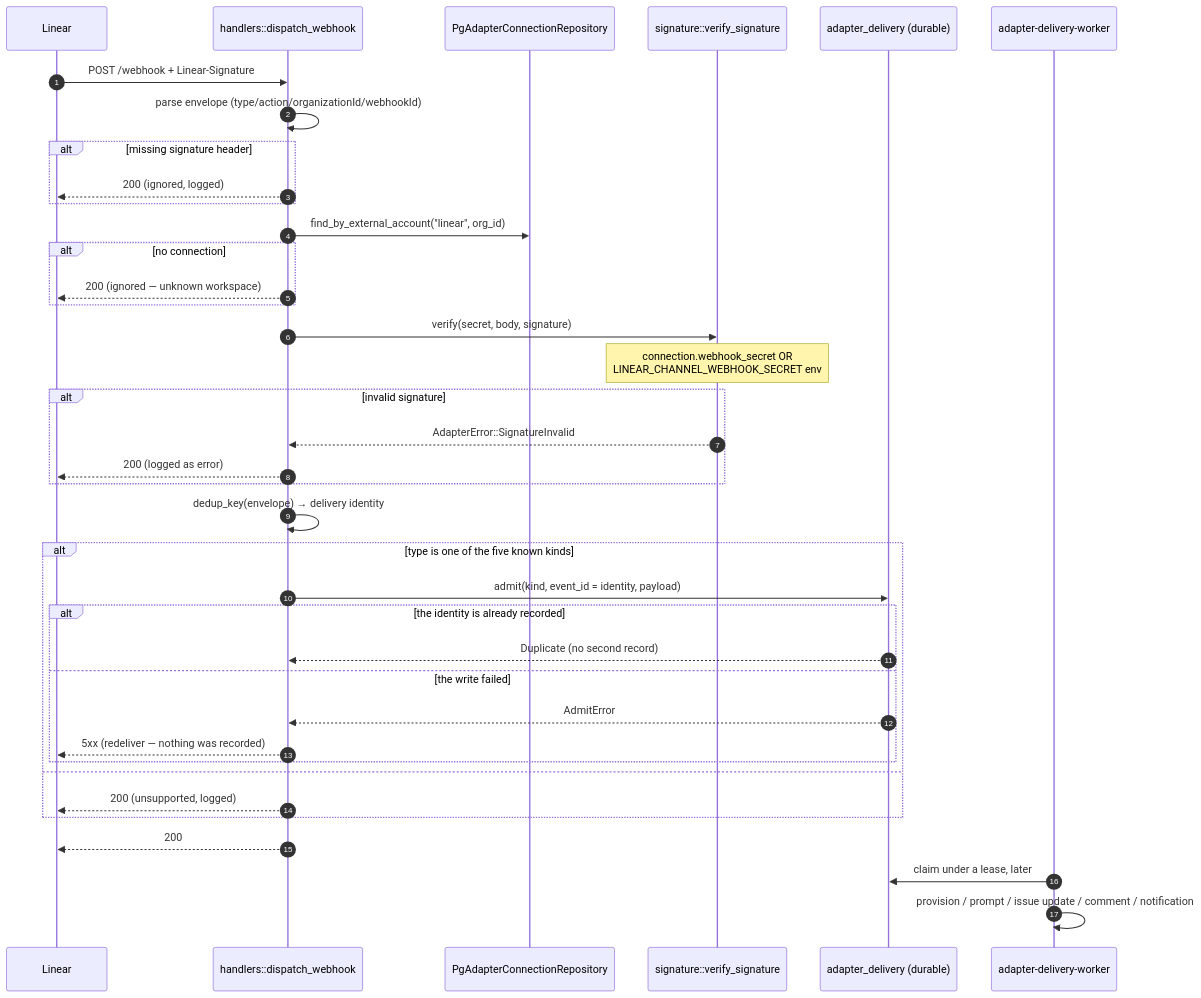
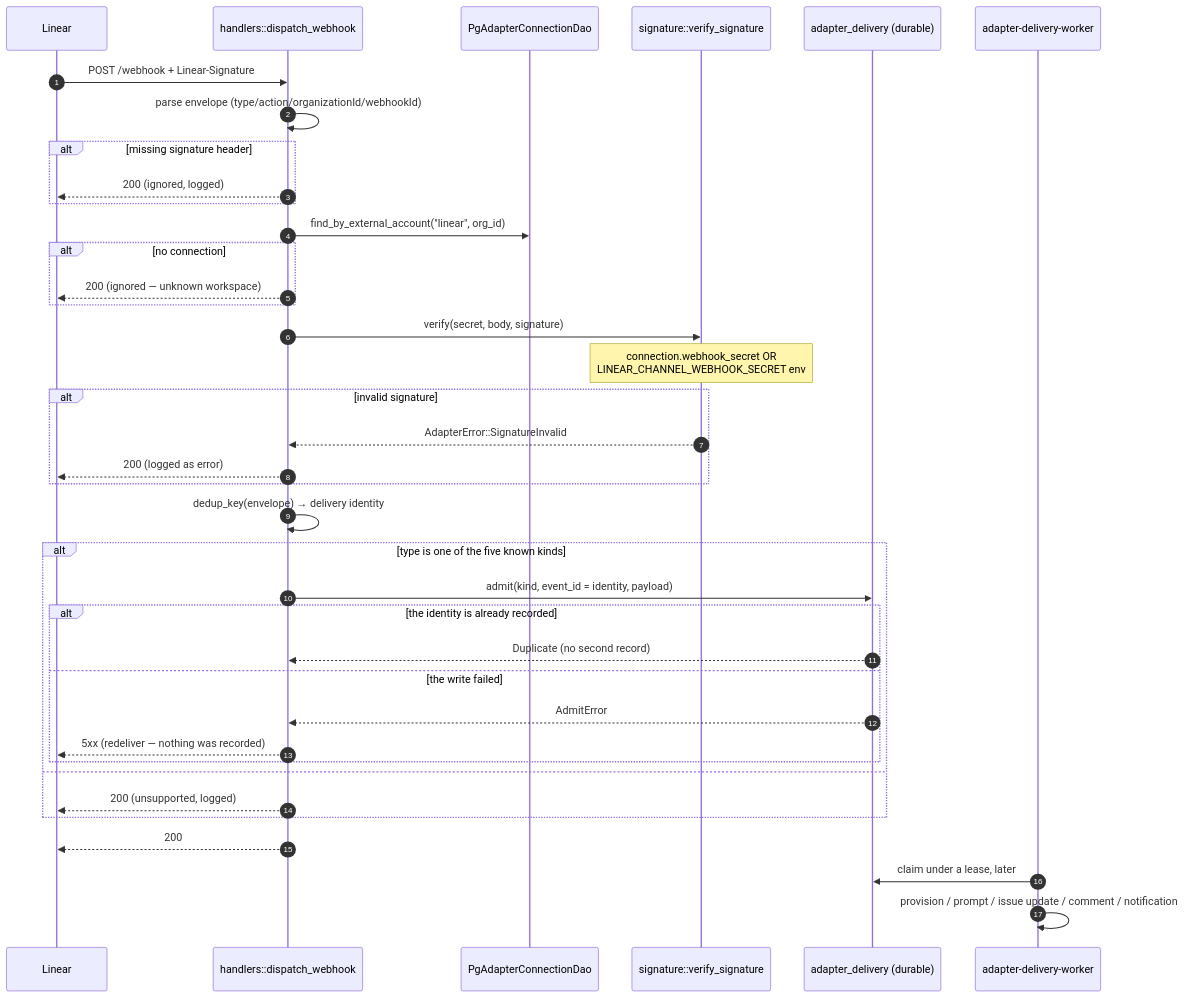
The first of 9 diagrams in docs/linear-adapter.md (aorwall/moatless), drawn with Mermaid before and after one commit. The commit also changed other lines of this file and 122 other files, not shown here.

````diff
--- a/docs/linear-adapter.md
+++ b/docs/linear-adapter.md
@@ -67,41 +67,41 @@
 ```mermaid
 sequenceDiagram
     autonumber
     participant Linear
     participant Dispatcher as handlers::dispatch_webhook
-    participant ConnRepo as PgAdapterConnectionRepository
+    participant ConnRepo as PgAdapterConnectionDao
     participant Sig as signature::verify_signature
     participant Delivery as adapter_delivery (durable)
     participant Worker as adapter-delivery-worker
 
     Linear->>Dispatcher: POST /webhook + Linear-Signature
     Dispatcher->>Dispatcher: parse envelope (type/action/organizationId/webhookId)
     alt missing signature header
         Dispatcher-->>Linear: 200 (ignored, logged)
     end
     Dispatcher->>ConnRepo: find_by_external_account("linear", org_id)
     alt no connection
         Dispatcher-->>Linear: 200 (ignored — unknown workspace)
     end
     Dispatcher->>Sig: verify(secret, body, signature)
     Note over Sig: connection.webhook_secret OR<br/>LINEAR_CHANNEL_WEBHOOK_SECRET env
     alt invalid signature
         Sig-->>Dispatcher: AdapterError::SignatureInvalid
         Dispatcher-->>Linear: 200 (logged as error)
     end
     Dispatcher->>Dispatcher: dedup_key(envelope) → delivery identity
     alt type is one of the five known kinds
         Dispatcher->>Delivery: admit(kind, event_id = identity, payload)
         alt the identity is already recorded
             Delivery-->>Dispatcher: Duplicate (no second record)
         else the write failed
             Delivery-->>Dispatcher: AdmitError
             Dispatcher-->>Linear: 5xx (redeliver — nothing was recorded)
         end
     else
         Dispatcher-->>Linear: 200 (unsupported, logged)
     end
     Dispatcher-->>Linear: 200
     Worker->>Delivery: claim under a lease, later
     Worker->>Worker: provision / prompt / issue update / comment / notification
 ```
````
